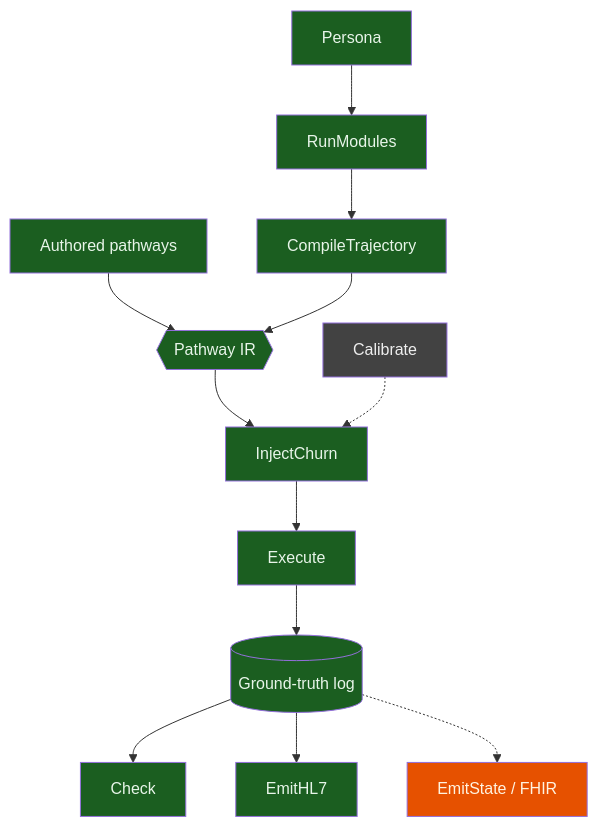
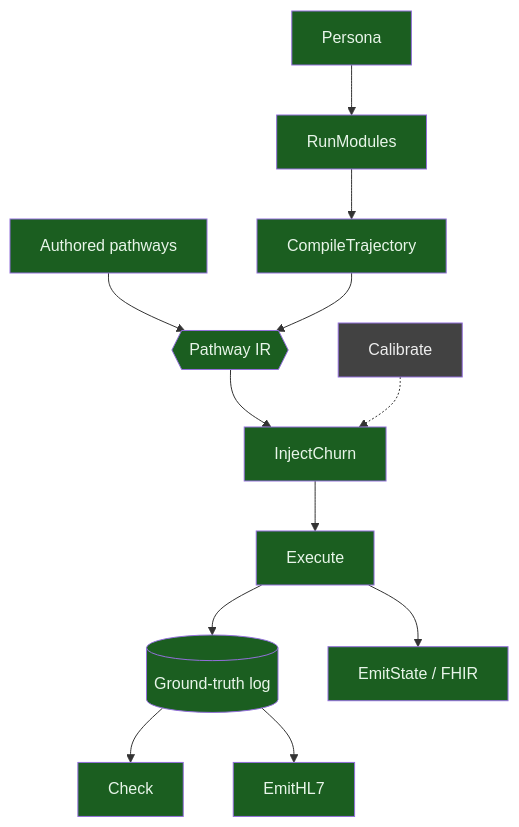
One commit to pragsmike/ehr-testing-tools changed the diagram in README.md. Above: the diagram before and after it, drawn with Mermaid. The commit also changed other lines of this file and 25 other files, not shown here.

````diff
--- a/README.md
+++ b/README.md
@@ -55,20 +55,19 @@
 ```mermaid
 flowchart TD
     P[Persona] --> RM[RunModules]
     RM --> CT[CompileTrajectory]
     AP[Authored pathways] --> IR{{Pathway IR}}
     CT --> IR
     IR --> IC[InjectChurn]
     IC --> EX[Execute]
     EX --> GT[(Ground-truth log)]
     GT --> CK[Check]
     GT --> EH[EmitHL7]
-    GT -.-> ES[EmitState / FHIR]
+    EX --> ES[EmitState / FHIR]
     CAL[Calibrate] -.-> IC
     classDef built fill:#1b5e20,color:#e8f5e9
     classDef next fill:#e65100,color:#fff3e0
     classDef later fill:#424242,color:#eeeeee
-    class P,RM,CT,AP,IR,IC,EX,GT,CK,EH built
-    class ES next
+    class P,RM,CT,AP,IR,IC,EX,GT,CK,EH,ES built
     class CAL later
 ```
````
